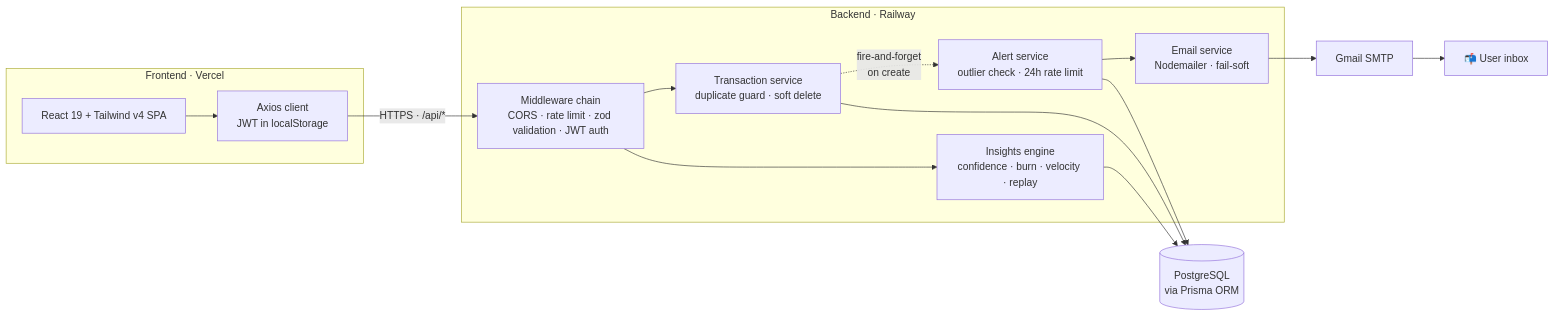
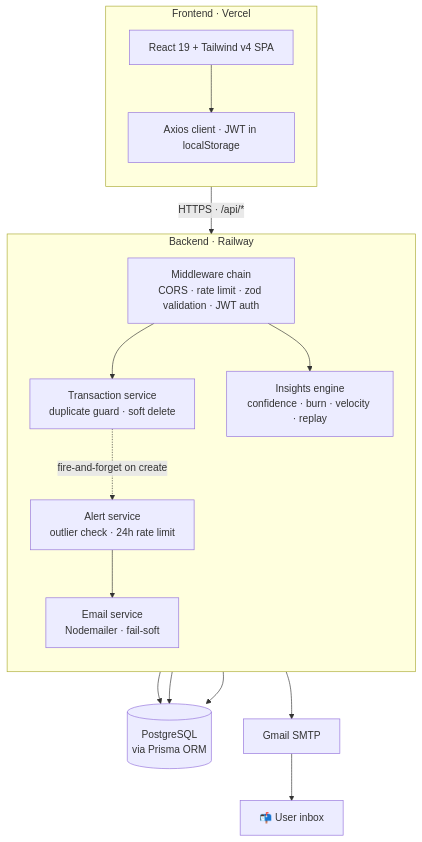
One commit to rajtejaswee/smart-mini-ledger changed the diagram in README.md. Above: the diagram before and after it, drawn with Mermaid. The commit also changed other lines of this file and 3 other files, not shown here.

````diff
--- a/README.md
+++ b/README.md
@@ -48,30 +48,33 @@
 ```mermaid
-flowchart LR
+flowchart TB
   subgraph Client["Frontend · Vercel"]
+    direction TB
     UI["React 19 + Tailwind v4 SPA"]
-    AX["Axios client<br/>JWT in localStorage"]
+    AX["Axios client · JWT in localStorage"]
     UI --> AX
   end
 
   subgraph API["Backend · Railway"]
+    direction TB
     MW["Middleware chain<br/>CORS · rate limit · zod validation · JWT auth"]
     TXS["Transaction service<br/>duplicate guard · soft delete"]
     INS["Insights engine<br/>confidence · burn · velocity · replay"]
     ALS["Alert service<br/>outlier check · 24h rate limit"]
     EMS["Email service<br/>Nodemailer · fail-soft"]
     MW --> TXS
     MW --> INS
-    TXS -. "fire-and-forget<br/>on create" .-> ALS
+    TXS -. "fire-and-forget on create" .-> ALS
     ALS --> EMS
   end
 
   DB[("PostgreSQL<br/>via Prisma ORM")]
   GMAIL["Gmail SMTP"]
   INBOX["📬 User inbox"]
 
   AX -- "HTTPS · /api/*" --> MW
   TXS --> DB
   INS --> DB
   ALS --> DB
-  EMS --> GMAIL --> INBOX
+  EMS --> GMAIL
+  GMAIL --> INBOX
 ```
````
